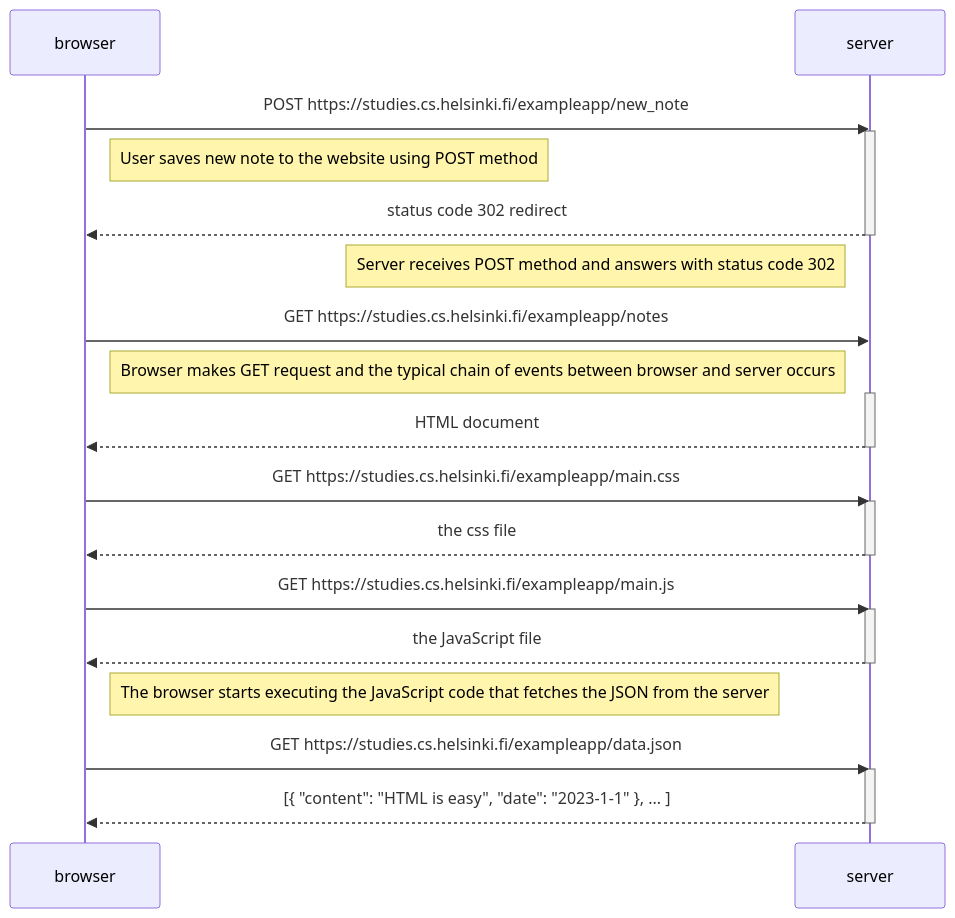
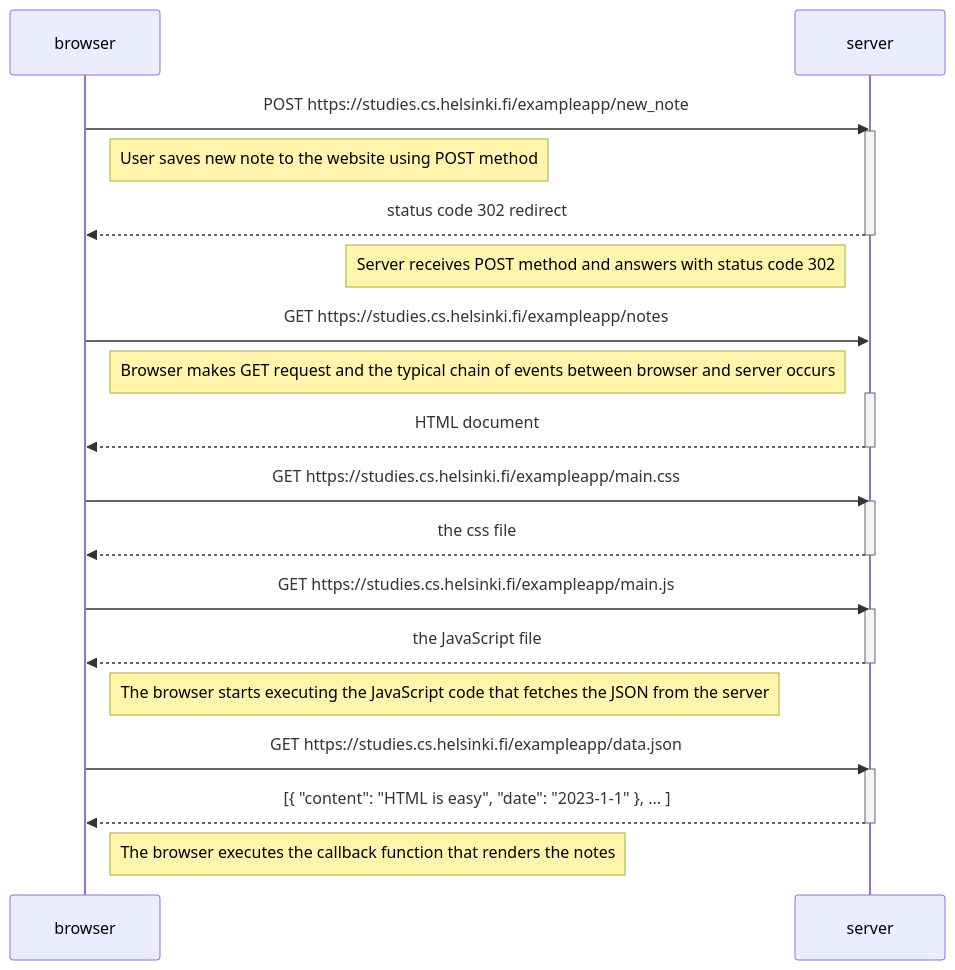
Before and after one commit to Waltter2211/Full-stack-palautus: the diagram in Tehtävä 0.4.md, drawn with Mermaid.

Commit message:
Update Tehtävä 0.4.md

````diff
--- a/Tehtävä 0.4.md
+++ b/Tehtävä 0.4.md
@@ -1,34 +1,35 @@
 ```mermaid
 sequenceDiagram
     participant browser
     participant server
     
     browser->>server: POST https://studies.cs.helsinki.fi/exampleapp/new_note
     activate server
     Note right of browser: User saves new note to the website using POST method
     server-->>browser: status code 302 redirect
     deactivate server
     Note left of server: Server receives POST method and answers with status code 302
     browser->>server: GET https://studies.cs.helsinki.fi/exampleapp/notes
     Note right of browser: Browser makes GET request and the typical chain of events between browser and server occurs
     activate server
     server-->>browser: HTML document
     deactivate server
     
     browser->>server: GET https://studies.cs.helsinki.fi/exampleapp/main.css
     activate server
     server-->>browser: the css file
     deactivate server
     
     browser->>server: GET https://studies.cs.helsinki.fi/exampleapp/main.js
     activate server
     server-->>browser: the JavaScript file
     deactivate server
     
     Note right of browser: The browser starts executing the JavaScript code that fetches the JSON from the server
     
     browser->>server: GET https://studies.cs.helsinki.fi/exampleapp/data.json
     activate server
     server-->>browser: [{ "content": "HTML is easy", "date": "2023-1-1" }, ... ]
     deactivate server
+    Note right of browser: The browser executes the callback function that renders the notes 
 ```
````
